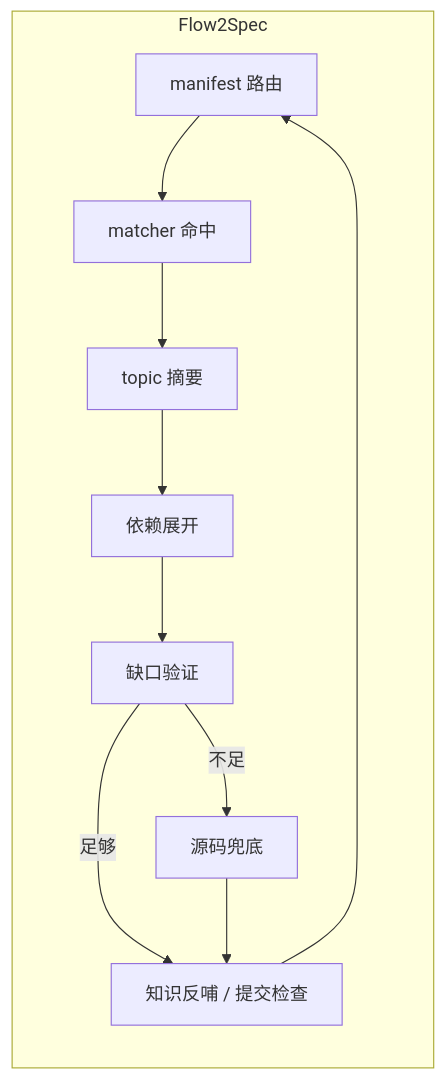
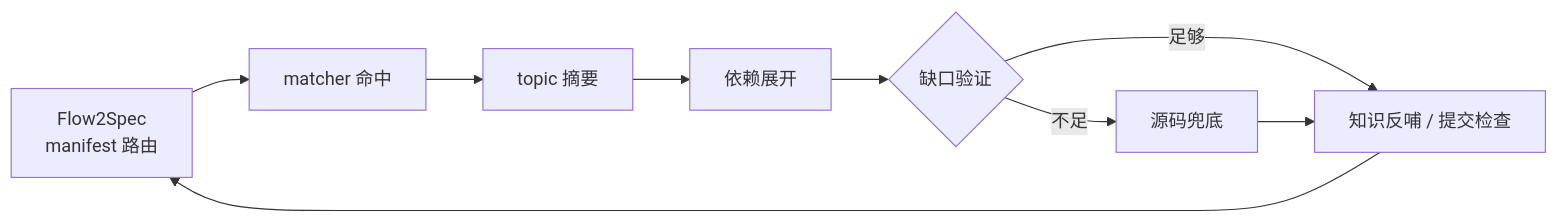
The fourth of 4 diagrams in docs/Flow2Spec基础介绍.md (Lands-1203/Flow2Spec), drawn with Mermaid before and after one commit. The commit also changed other lines of this file, not shown here.

````diff
--- a/docs/Flow2Spec基础介绍.md
+++ b/docs/Flow2Spec基础介绍.md
@@ -464,16 +459,7 @@
 ```mermaid
 flowchart LR
-  subgraph R[Flow2Spec]
-    R1[manifest 路由]
-    R2[matcher 命中]
-    R3[topic 摘要]
-    R4[依赖展开]
-    R5[缺口验证]
-    R6[源码兜底]
-    R7[知识反哺 / 提交检查]
-    R1 --> R2 --> R3 --> R4 --> R5
-    R5 -->|足够| R7
-    R5 -->|不足| R6 --> R7
-    R7 --> R1
-  end
+  R1[Flow2Spec<br/>manifest 路由] --> R2[matcher 命中] --> R3[topic 摘要] --> R4[依赖展开] --> R5{缺口验证}
+  R5 -->|足够| R7[知识反哺 / 提交检查]
+  R5 -->|不足| R6[源码兜底] --> R7
+  R7 --> R1
 ```
````
